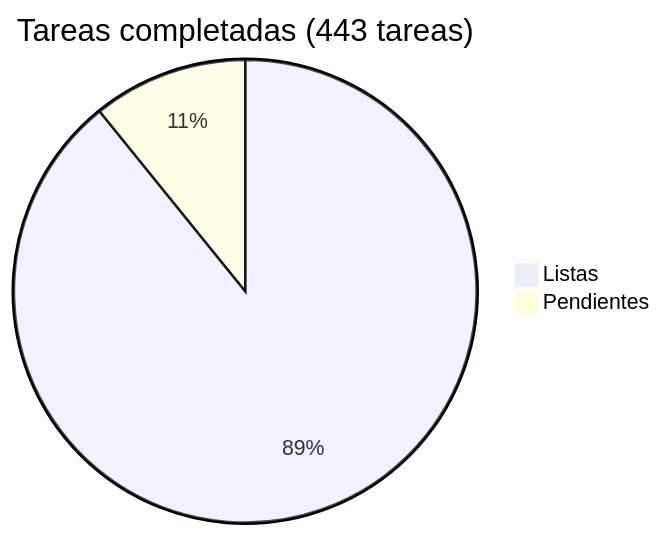
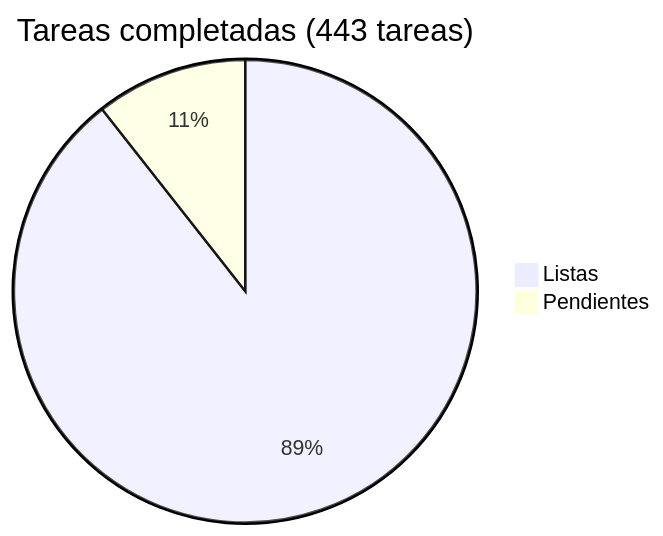
Before and after one commit to araguaney-lat/araguaney: the diagram in docs/roadmap/README.md, drawn with Mermaid. The commit also changed other lines of this file and 4 other files, not shown here.

````diff
--- a/docs/roadmap/README.md
+++ b/docs/roadmap/README.md
@@ -5,5 +5,5 @@
 ```mermaid
 pie title Tareas completadas (443 tareas)
-    "Listas" : 395
-    "Pendientes" : 48
+    "Listas" : 396
+    "Pendientes" : 47
 ```
````
